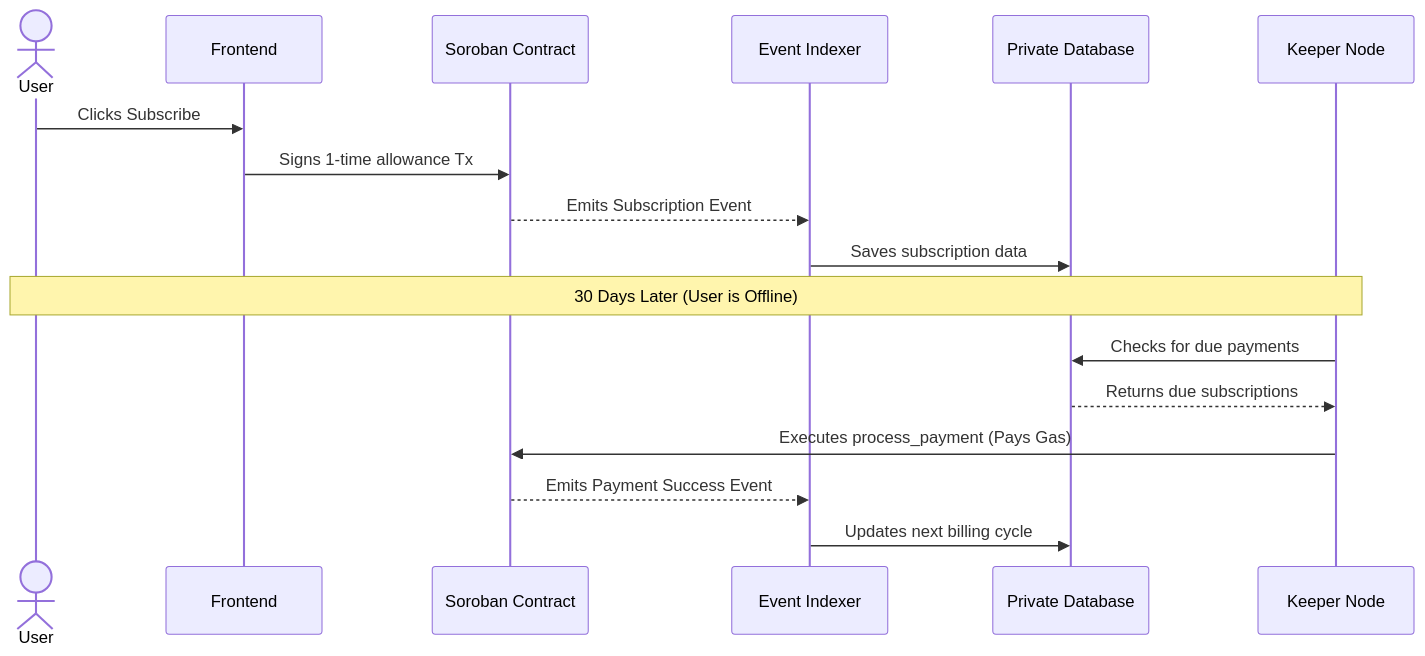
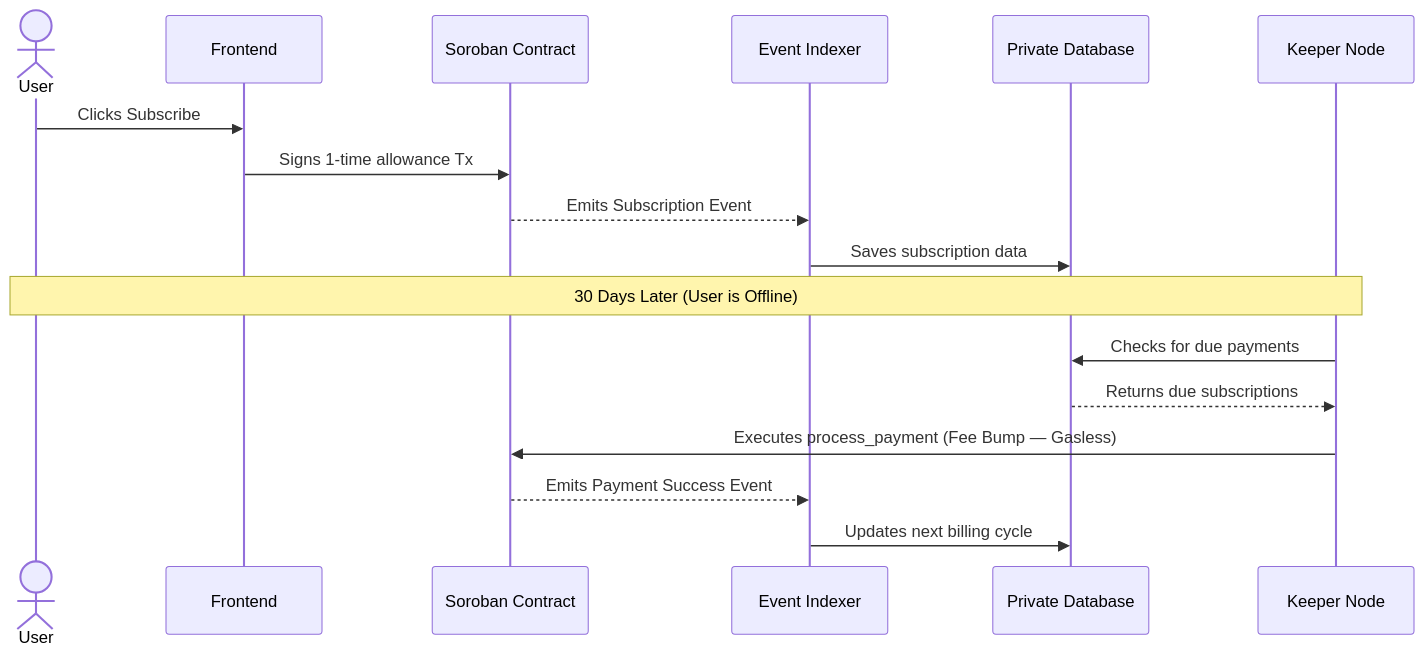
One commit to Aditya-linux/Recurra changed the diagram in README.md. Above: the diagram before and after it, drawn with Mermaid. The commit also changed other lines of this file and 30 other files, not shown here.

````diff
--- a/README.md
+++ b/README.md
@@ -28,22 +31,22 @@
 ```mermaid
 sequenceDiagram
     actor User
     participant Frontend
     participant SmartContract as Soroban Contract
     participant Indexer as Event Indexer
     participant DB as Private Database
     participant Keeper as Keeper Node
 
     User->>Frontend: Clicks Subscribe
     Frontend->>SmartContract: Signs 1-time allowance Tx
     SmartContract-->>Indexer: Emits Subscription Event
     Indexer->>DB: Saves subscription data
 
     Note over User, Keeper: 30 Days Later (User is Offline)
 
     Keeper->>DB: Checks for due payments
     DB-->>Keeper: Returns due subscriptions
-    Keeper->>SmartContract: Executes process_payment (Pays Gas)
+    Keeper->>SmartContract: Executes process_payment (Fee Bump — Gasless)
     SmartContract-->>Indexer: Emits Payment Success Event
     Indexer->>DB: Updates next billing cycle
 ```
````
